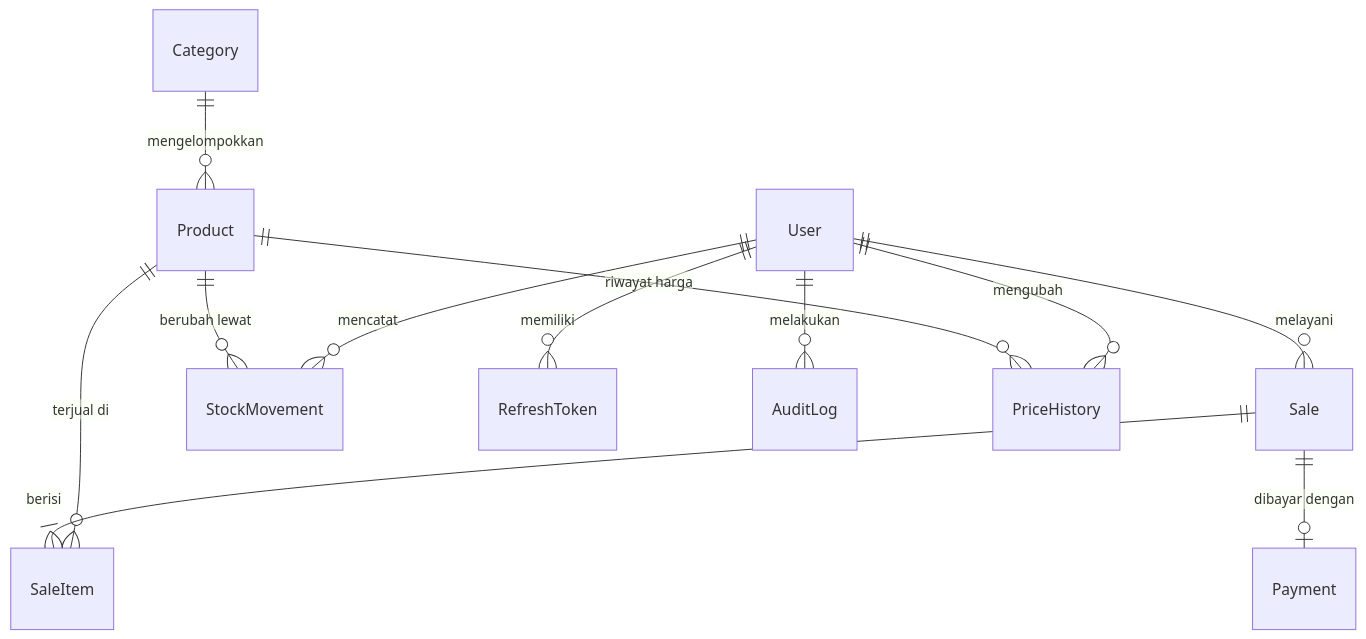
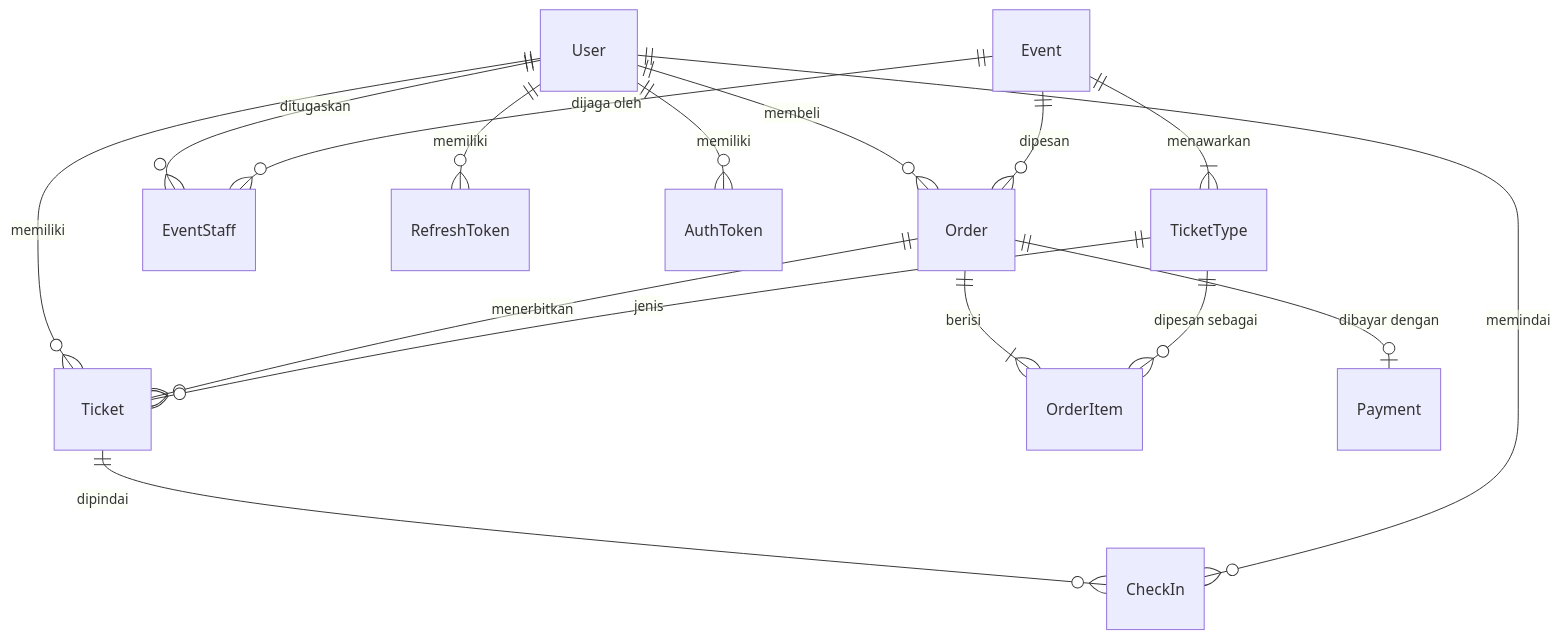
Before and after one commit to gadicandra/PassGo: the second of 5 diagrams in docs/architecture.md, drawn with Mermaid. The commit also changed other lines of this file and 4 other files, not shown here.

````diff
--- a/docs/architecture.md
+++ b/docs/architecture.md
@@ -153,14 +175,18 @@
 ```mermaid
 erDiagram
-  User ||--o{ Sale : "melayani"
-  User ||--o{ StockMovement : "mencatat"
+  User ||--o{ Order : membeli
+  User ||--o{ Ticket : memiliki
+  User ||--o{ EventStaff : "ditugaskan"
   User ||--o{ RefreshToken : memiliki
-  User ||--o{ AuditLog : melakukan
-  User ||--o{ PriceHistory : mengubah
-  Category ||--o{ Product : mengelompokkan
-  Product ||--o{ SaleItem : "terjual di"
-  Product ||--o{ StockMovement : "berubah lewat"
-  Product ||--o{ PriceHistory : "riwayat harga"
-  Sale ||--|{ SaleItem : berisi
-  Sale ||--o| Payment : "dibayar dengan"
+  User ||--o{ AuthToken : memiliki
+  Event ||--|{ TicketType : menawarkan
+  Event ||--o{ EventStaff : "dijaga oleh"
+  Event ||--o{ Order : "dipesan"
+  Order ||--|{ OrderItem : berisi
+  Order ||--o| Payment : "dibayar dengan"
+  Order ||--o{ Ticket : menerbitkan
+  TicketType ||--o{ OrderItem : "dipesan sebagai"
+  TicketType ||--o{ Ticket : "jenis"
+  Ticket ||--o{ CheckIn : "dipindai"
+  User ||--o{ CheckIn : "memindai"
 ```
````
